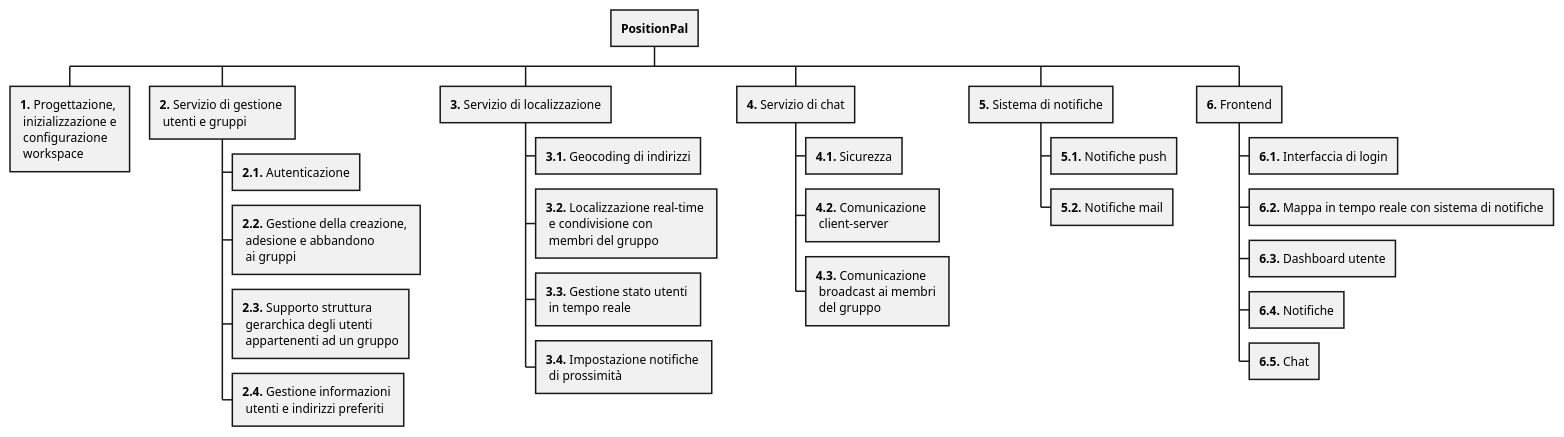
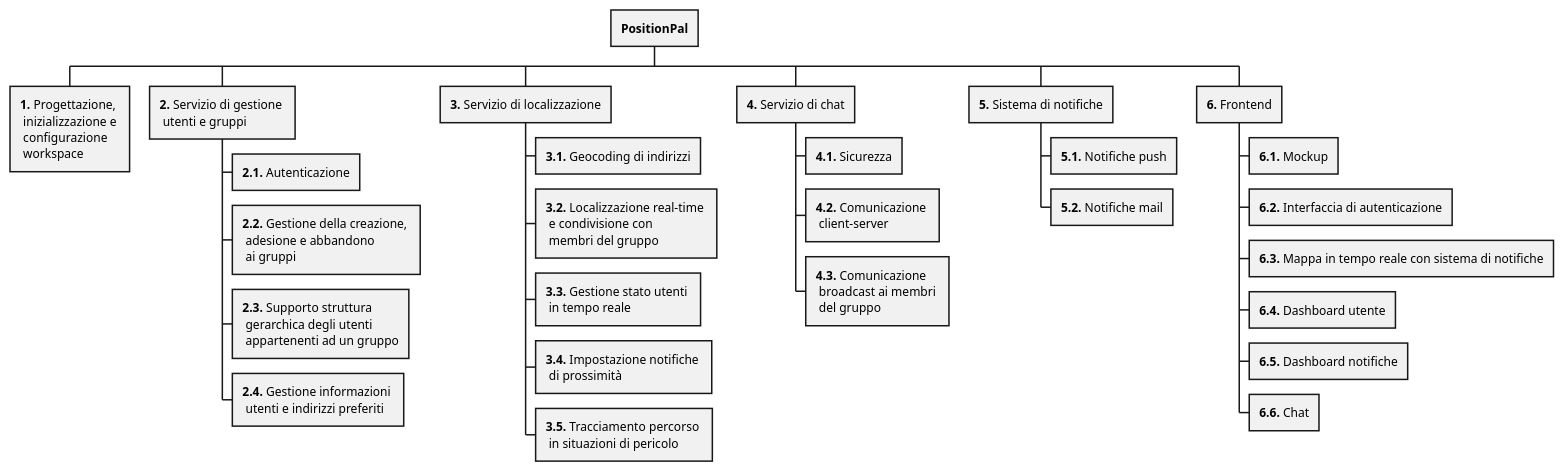
Before and after one commit to position-pal/PM-report: the diagram in _attachments/2-rbs.md, drawn with PlantUML. The commit also changed 1 other file, not shown here.

Commit message:
add wbs in schema format

````diff
--- a/_attachments/2-rbs.md
+++ b/_attachments/2-rbs.md
@@ -54,37 +54,39 @@
 ```plantuml
 @startwbs rbs
 
 + **PositionPal**
 
 ++ **1.** Progettazione, \n inizializzazione e \n configurazione \n workspace
 
 ++ **2.** Servizio di gestione \n utenti e gruppi
 +++ **2.1.** Autenticazione
 +++ **2.2.** Gestione della creazione, \n adesione e abbandono \n ai gruppi
 +++ **2.3.** Supporto struttura \n gerarchica degli utenti \n appartenenti ad un gruppo
 +++ **2.4.** Gestione informazioni \n utenti e indirizzi preferiti
 
 ++ **3.** Servizio di localizzazione
 +++ **3.1.** Geocoding di indirizzi
 +++ **3.2.** Localizzazione real-time \n e condivisione con \n membri del gruppo
 +++ **3.3.** Gestione stato utenti \n in tempo reale
 +++ **3.4.** Impostazione notifiche \n di prossimità
++++ **3.5.** Tracciamento percorso \n in situazioni di pericolo
 
 ++ **4.** Servizio di chat
 +++ **4.1.** Sicurezza
 +++ **4.2.** Comunicazione \n client-server
 +++ **4.3.** Comunicazione \n broadcast ai membri \n del gruppo
 
 ++ **5.** Sistema di notifiche
 +++ **5.1.** Notifiche push
 +++ **5.2.** Notifiche mail
 
 ++ **6.** Frontend
-+++ **6.1.** Interfaccia di login
-+++ **6.2.** Mappa in tempo reale con sistema di notifiche
-+++ **6.3.** Dashboard utente
-+++ **6.4.** Notifiche
-+++ **6.5.** Chat
++++ **6.1.** Mockup
++++ **6.2.** Interfaccia di autenticazione
++++ **6.3.** Mappa in tempo reale con sistema di notifiche
++++ **6.4.** Dashboard utente
++++ **6.5.** Dashboard notifiche
++++ **6.6.** Chat
 
 @endwbs
 ```
````
